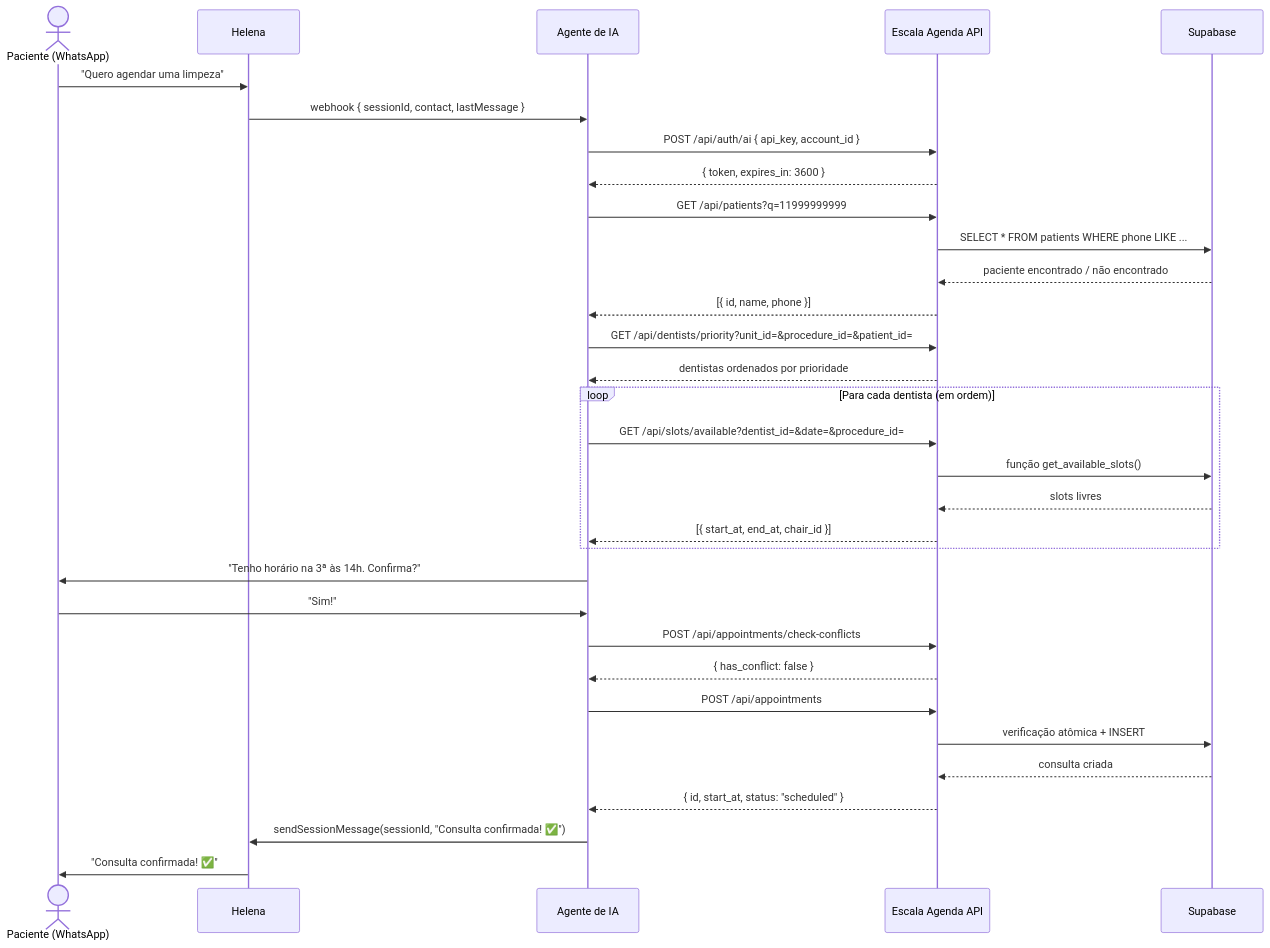
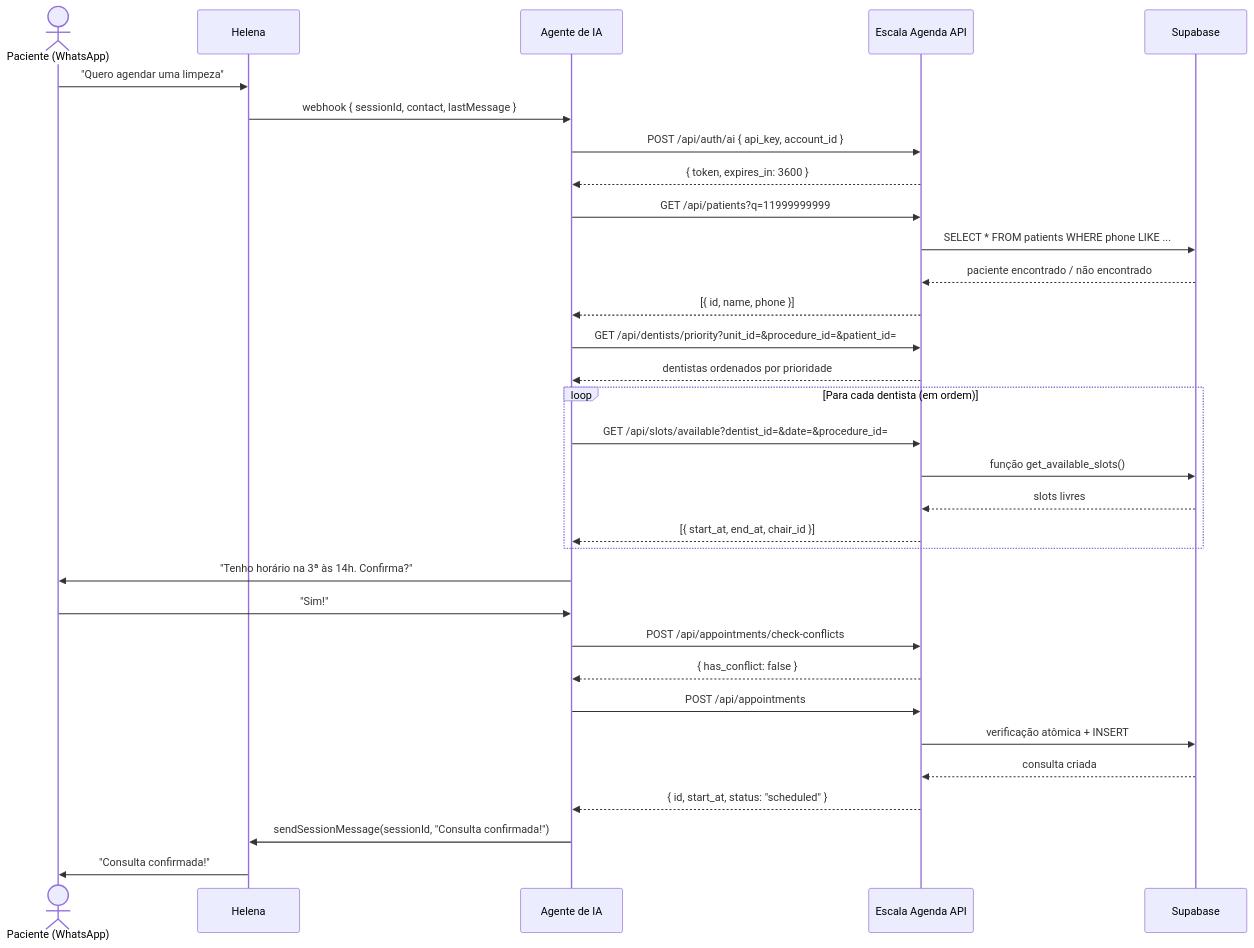
Before and after one commit to contactIA/Contact-Calendar: the second of 7 diagrams in README.md, drawn with Mermaid. The commit also changed other lines of this file, not shown here.

Commit message:
docs: reduce emojis, compress roadmap to end of May 2026

````diff
--- a/README.md
+++ b/README.md
@@ -80,43 +82,43 @@
 ```mermaid
 sequenceDiagram
     actor P as Paciente (WhatsApp)
     participant H as Helena
     participant AI as Agente de IA
     participant API as Escala Agenda API
     participant DB as Supabase
 
     P->>H: "Quero agendar uma limpeza"
     H->>AI: webhook { sessionId, contact, lastMessage }
 
     AI->>API: POST /api/auth/ai { api_key, account_id }
     API-->>AI: { token, expires_in: 3600 }
 
     AI->>API: GET /api/patients?q=11999999999
     API->>DB: SELECT * FROM patients WHERE phone LIKE ...
     DB-->>API: paciente encontrado / não encontrado
     API-->>AI: [{ id, name, phone }]
 
     AI->>API: GET /api/dentists/priority?unit_id=&procedure_id=&patient_id=
     API-->>AI: dentistas ordenados por prioridade
 
     loop Para cada dentista (em ordem)
         AI->>API: GET /api/slots/available?dentist_id=&date=&procedure_id=
         API->>DB: função get_available_slots()
         DB-->>API: slots livres
         API-->>AI: [{ start_at, end_at, chair_id }]
     end
 
     AI->>P: "Tenho horário na 3ª às 14h. Confirma?"
     P->>AI: "Sim!"
 
     AI->>API: POST /api/appointments/check-conflicts
     API-->>AI: { has_conflict: false }
 
     AI->>API: POST /api/appointments
     API->>DB: verificação atômica + INSERT
     DB-->>API: consulta criada
     API-->>AI: { id, start_at, status: "scheduled" }
 
-    AI->>H: sendSessionMessage(sessionId, "Consulta confirmada! ✅")
-    H->>P: "Consulta confirmada! ✅"
+    AI->>H: sendSessionMessage(sessionId, "Consulta confirmada!")
+    H->>P: "Consulta confirmada!"
 ```
````
